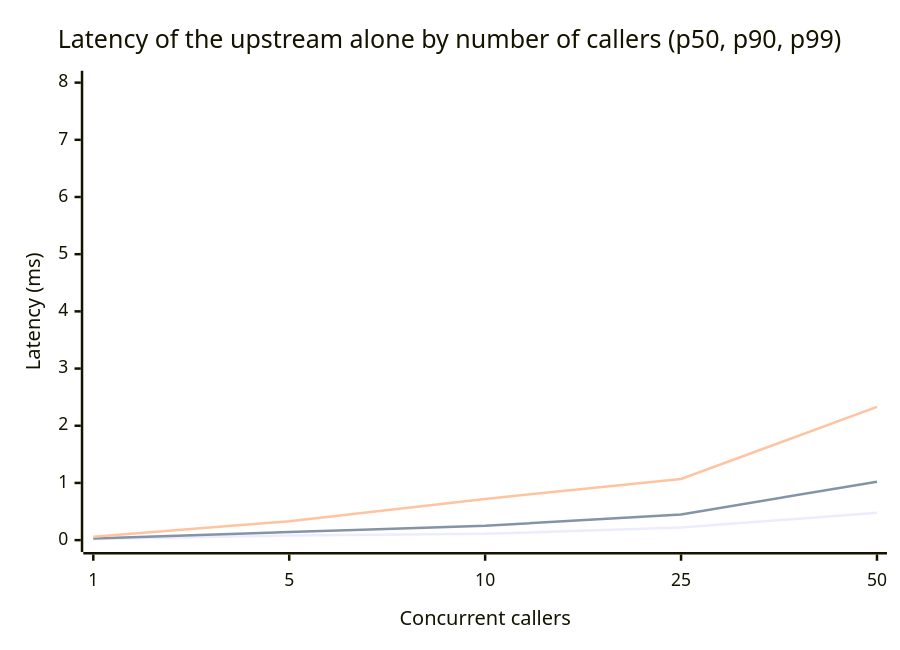
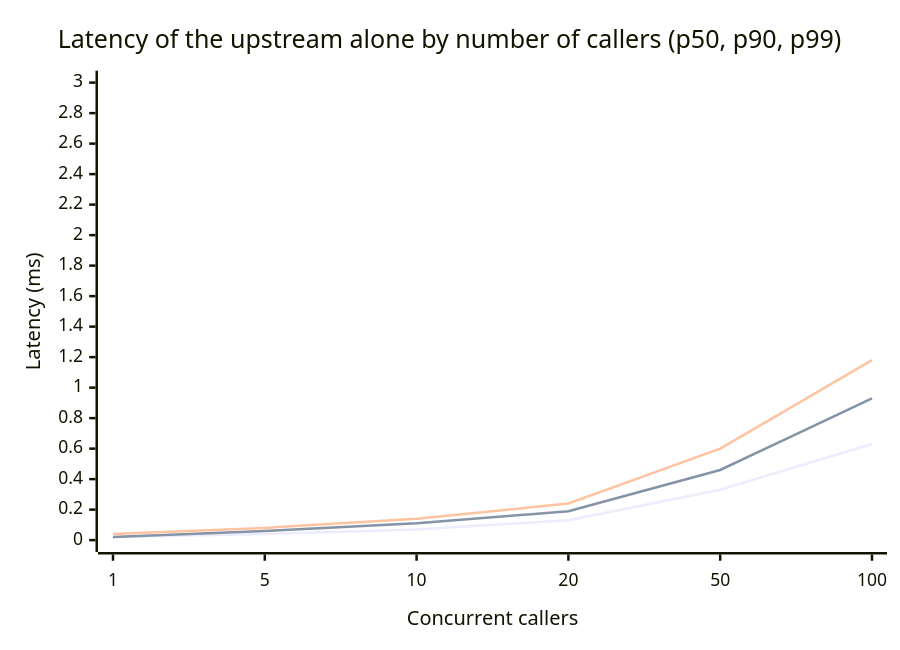
Before and after one commit to aisrael/reverse-proxy: the second of 4 diagrams in docs/benchmarks.md, drawn with Mermaid. The commit also changed other lines of this file, not shown here.

````diff
--- a/docs/benchmarks.md
+++ b/docs/benchmarks.md
@@ -65,9 +68,9 @@
 ```mermaid
 xychart-beta
     title "Latency of the upstream alone by number of callers (p50, p90, p99)"
-    x-axis "Concurrent callers" ["1", "5", "10", "25", "50"]
-    y-axis "Latency (ms)" 0 --> 8
-    line [0.02, 0.08, 0.11, 0.22, 0.48]
-    line [0.03, 0.14, 0.25, 0.45, 1.02]
-    line [0.06, 0.33, 0.72, 1.07, 2.33]
+    x-axis "Concurrent callers" ["1", "5", "10", "20", "50", "100"]
+    y-axis "Latency (ms)" 0 --> 3
+    line [0.02, 0.04, 0.07, 0.13, 0.33, 0.63]
+    line [0.02, 0.06, 0.11, 0.19, 0.46, 0.93]
+    line [0.04, 0.08, 0.14, 0.24, 0.60, 1.18]
 ```
````
